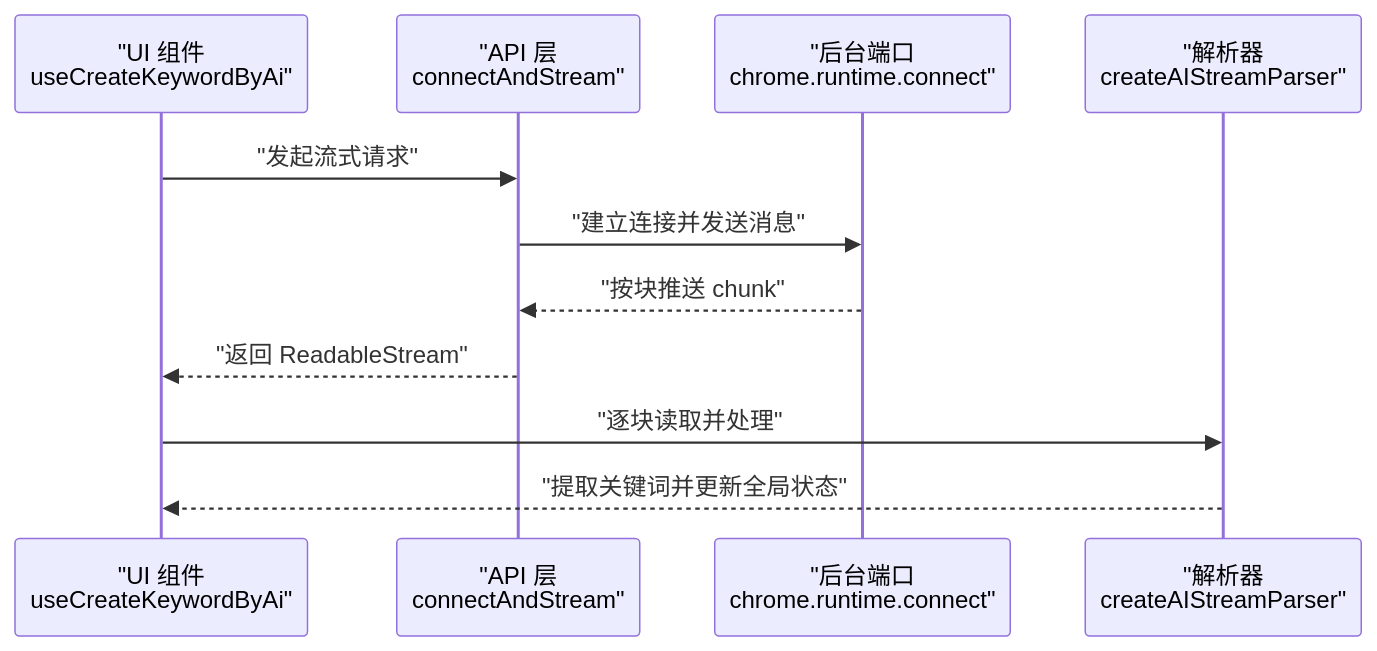
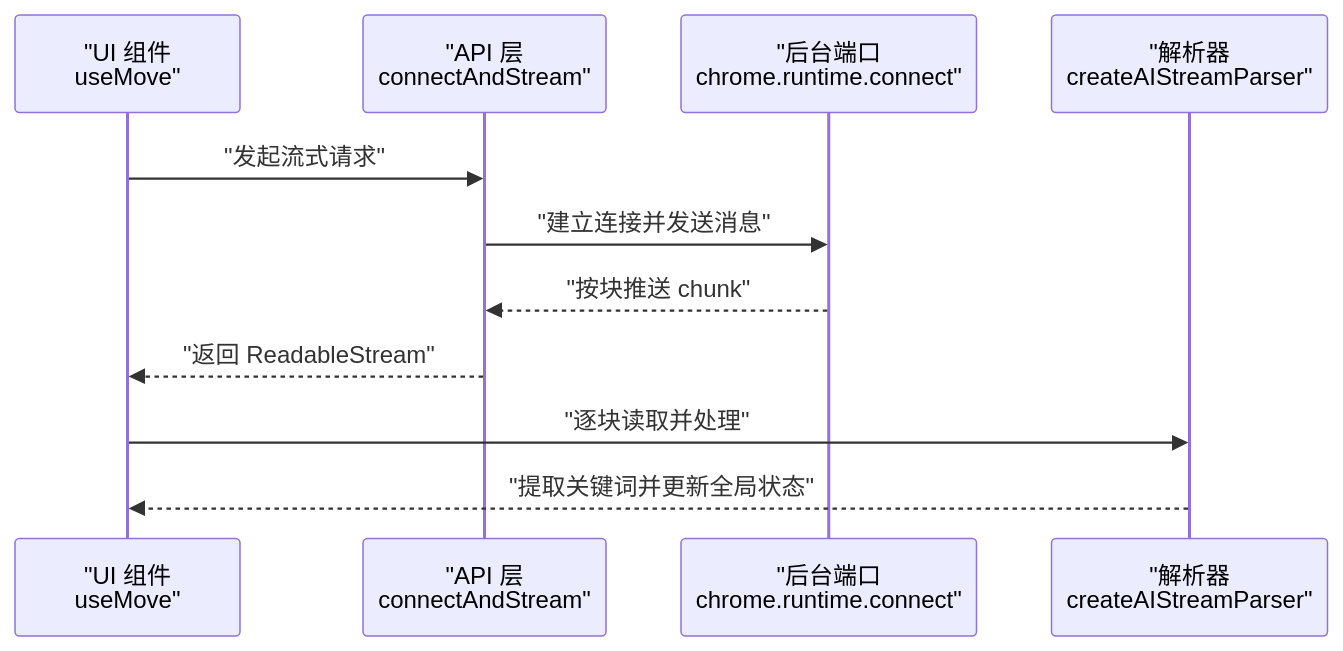
One commit to RadiumAg/bilibili-favorites changed the second of 8 diagrams in .qoder/repowiki/zh/content/开发指南/测试策略与实践.md. Above: the diagram before and after it, drawn with Mermaid. The commit also changed other lines of this file and 5 other files, not shown here.

````diff
--- a/.qoder/repowiki/zh/content/开发指南/测试策略与实践.md
+++ b/.qoder/repowiki/zh/content/开发指南/测试策略与实践.md
@@ -106,13 +120,13 @@
 ```mermaid
 sequenceDiagram
-participant UI as "UI 组件<br/>useCreateKeywordByAi"
+participant UI as "UI 组件<br/>useMove"
 participant API as "API 层<br/>connectAndStream"
 participant BG as "后台端口<br/>chrome.runtime.connect"
 participant Parser as "解析器<br/>createAIStreamParser"
 UI->>API : "发起流式请求"
 API->>BG : "建立连接并发送消息"
 BG-->>API : "按块推送 chunk"
 API-->>UI : "返回 ReadableStream"
 UI->>Parser : "逐块读取并处理"
 Parser-->>UI : "提取关键词并更新全局状态"
 ```
````
